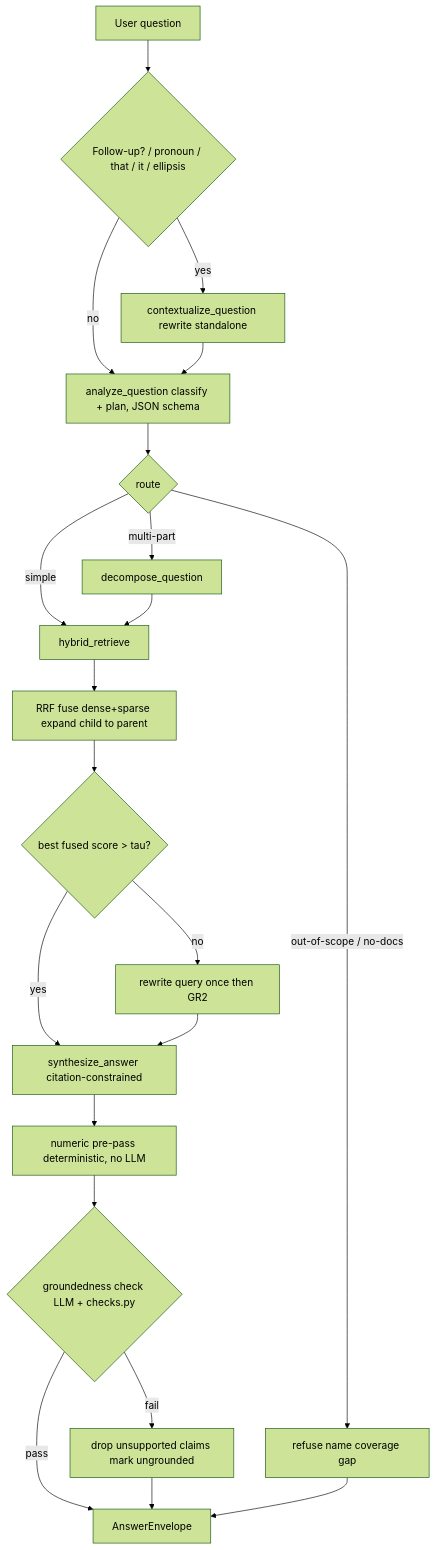
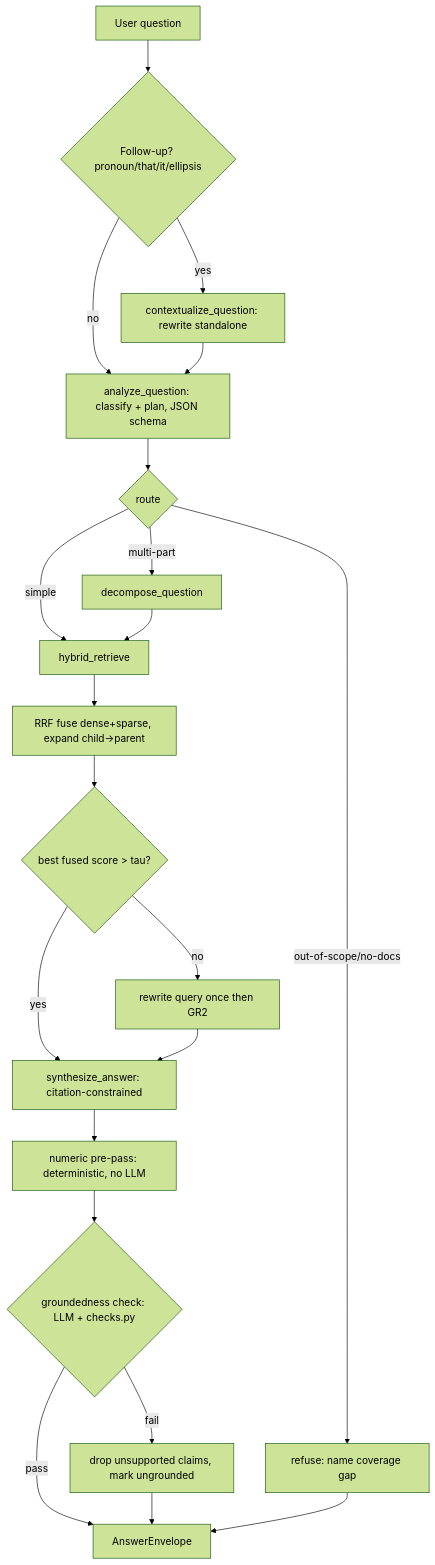
Before and after one commit to donyelqt/IsipFin: the second of 2 diagrams in docs/ARCHITECTURE.md, drawn with Mermaid (forest theme). The commit also changed other lines of this file and 15 other files, not shown here.

````diff
--- a/docs/ARCHITECTURE.md
+++ b/docs/ARCHITECTURE.md
@@ -54,23 +53,23 @@
 ```mermaid
 flowchart TD
-    Q["User question"] --> C{"Follow-up? / pronoun / that / it / ellipsis"}
-    C -- yes --> CTX["contextualize_question rewrite standalone"]
+    Q["User question"] --> C{"Follow-up? pronoun/that/it/ellipsis"}
+    C -- yes --> CTX["contextualize_question: rewrite standalone"]
     C -- no --> ANA
-    CTX --> ANA["analyze_question classify + plan, JSON schema"]
+    CTX --> ANA["analyze_question: classify + plan, JSON schema"]
     ANA --> R{"route"}
     R -- simple --> RET["hybrid_retrieve"]
     R -- multi-part --> DEC["decompose_question"]
-    R -- out-of-scope / no-docs --> REF["refuse name coverage gap"]
+    R -- out-of-scope/no-docs --> REF["refuse: name coverage gap"]
     DEC --> RET
-    RET --> RRF["RRF fuse dense+sparse expand child to parent"]
+    RET --> RRF["RRF fuse dense+sparse, expand child→parent"]
     RRF --> GATE{"best fused score > tau?"}
     GATE -- no --> RETRY["rewrite query once then GR2"]
-    GATE -- yes --> SYN["synthesize_answer citation-constrained"]
+    GATE -- yes --> SYN["synthesize_answer: citation-constrained"]
     RETRY --> SYN
-    SYN --> NUM["numeric pre-pass deterministic, no LLM"]
-    NUM --> VER{"groundedness check LLM + checks.py"}
-    VER -- fail --> RETRIM["drop unsupported claims mark ungrounded"]
+    SYN --> NUM["numeric pre-pass: deterministic, no LLM"]
+    NUM --> VER{"groundedness check: LLM + checks.py"}
+    VER -- fail --> RETRIM["drop unsupported claims, mark ungrounded"]
     VER -- pass --> OUT["AnswerEnvelope"]
     RETRIM --> OUT
     REF --> OUT
 ```
````
